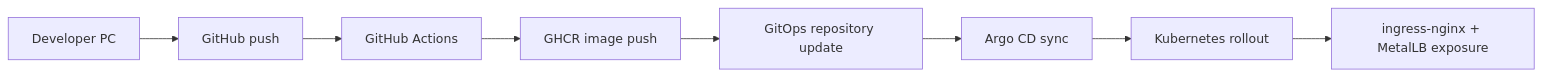
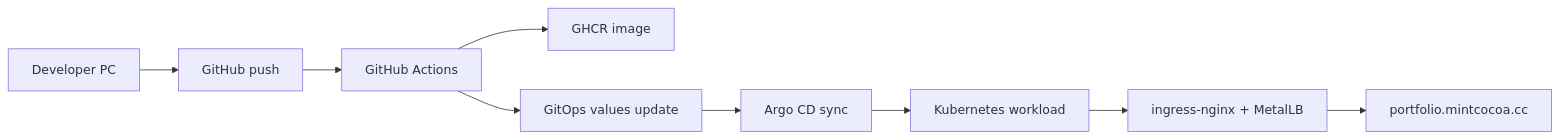
Before and after one commit to mint-cocoa/portfolio: the diagram in docs/devops/DevOpsPortfolio.qmd, drawn with Mermaid. The commit also changed other lines of this file and 1 other file, not shown here.

Commit message:
Simplify DevOps portfolio document

````diff
--- a/docs/devops/DevOpsPortfolio.qmd
+++ b/docs/devops/DevOpsPortfolio.qmd
@@ -119,10 +63,11 @@
 ```{mermaid}
 flowchart LR
     Dev[Developer PC] --> GitHub[GitHub push]
     GitHub --> Actions[GitHub Actions]
-    Actions --> GHCR[GHCR image push]
-    GHCR --> GitOps[GitOps repository update]
+    Actions --> GHCR[GHCR image]
+    Actions --> GitOps[GitOps values update]
     GitOps --> Argo[Argo CD sync]
-    Argo --> Rollout[Kubernetes rollout]
-    Rollout --> Exposure[ingress-nginx + MetalLB exposure]
+    Argo --> K8s[Kubernetes workload]
+    K8s --> Ingress[ingress-nginx + MetalLB]
+    Ingress --> Domain[portfolio.mintcocoa.cc]
 ```
````
